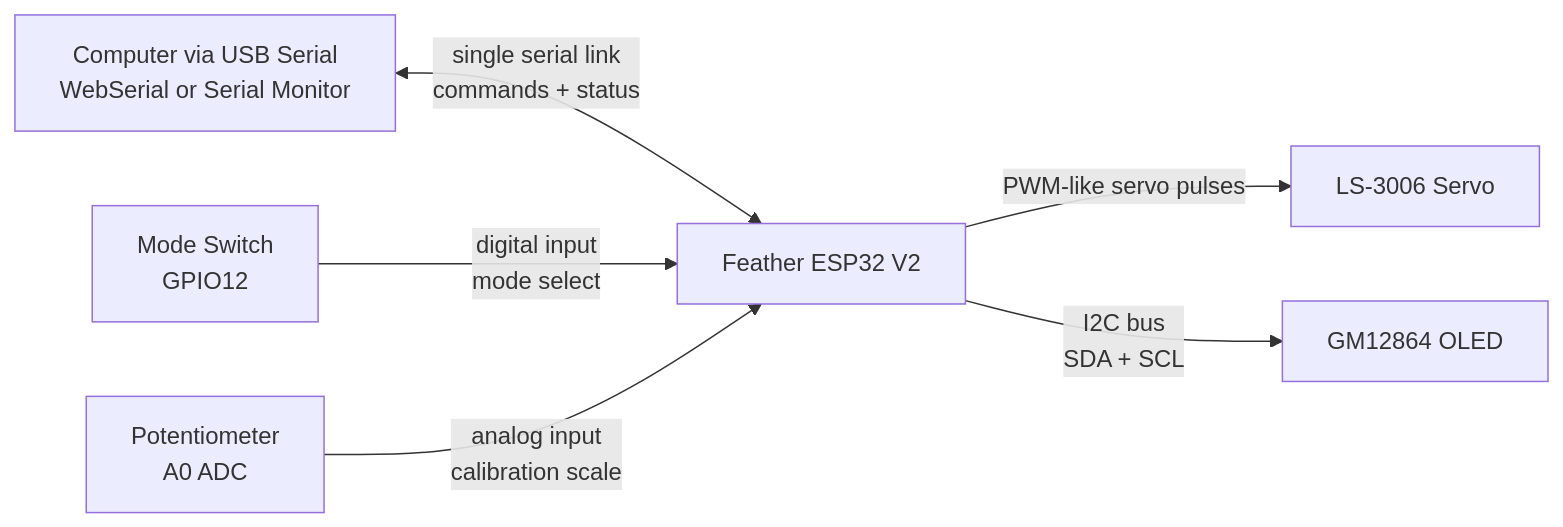
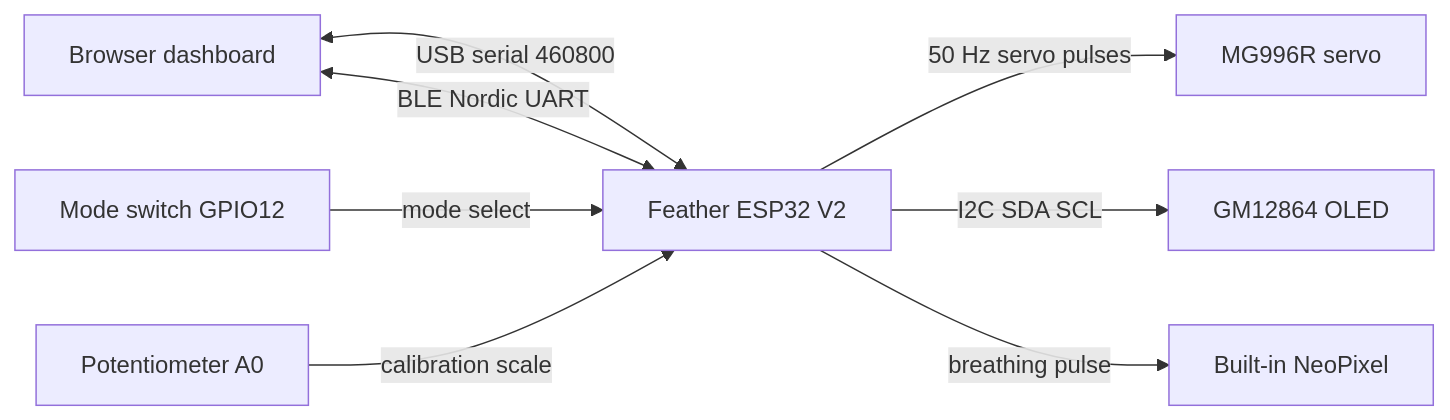
Before and after one commit to tj60647/Virtual-Colloquy-of-Mobiles-Phygital: the diagram in README.md, drawn with Mermaid. The commit also changed other lines of this file and 9 other files, not shown here.

````diff
--- a/README.md
+++ b/README.md
@@ -243,8 +511,10 @@
 ```mermaid
 flowchart LR
-  Host[Computer via USB Serial\nWebSerial or Serial Monitor] <--> |single serial link\ncommands + status| ESP32[Feather ESP32 V2]
-  Switch[Mode Switch\nGPIO12] -->|digital input\nmode select| ESP32
-  Pot[Potentiometer\nA0 ADC] -->|analog input\ncalibration scale| ESP32
-  ESP32 -->|PWM-like servo pulses| Servo[LS-3006 Servo]
-  ESP32 -->|I2C bus\nSDA + SCL| OLED[GM12864 OLED]
+  Browser[Browser dashboard] <-->|USB serial 460800| ESP32[Feather ESP32 V2]
+  Browser <-->|BLE Nordic UART| ESP32
+  Switch[Mode switch GPIO12] -->|mode select| ESP32
+  Pot[Potentiometer A0] -->|calibration scale| ESP32
+  ESP32 -->|50 Hz servo pulses| Servo[MG996R servo]
+  ESP32 -->|I2C SDA SCL| OLED[GM12864 OLED]
+  ESP32 -->|breathing pulse| Pixel[Built-in NeoPixel]
 ```
````
